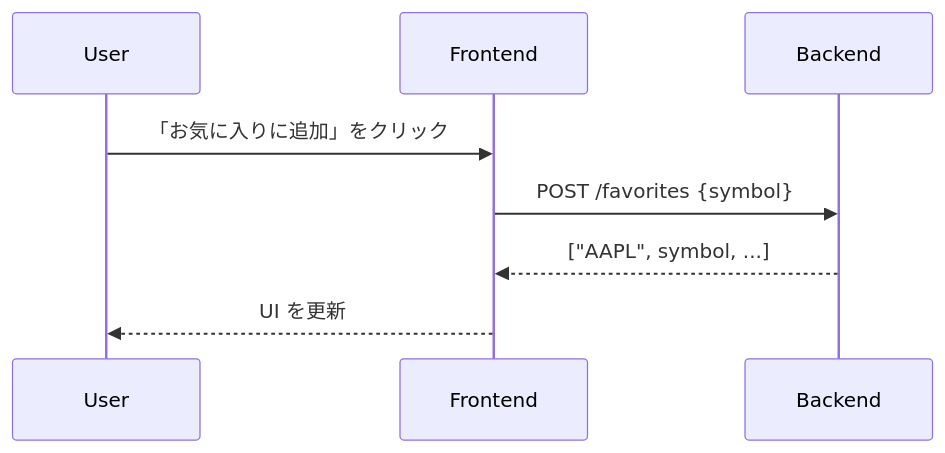
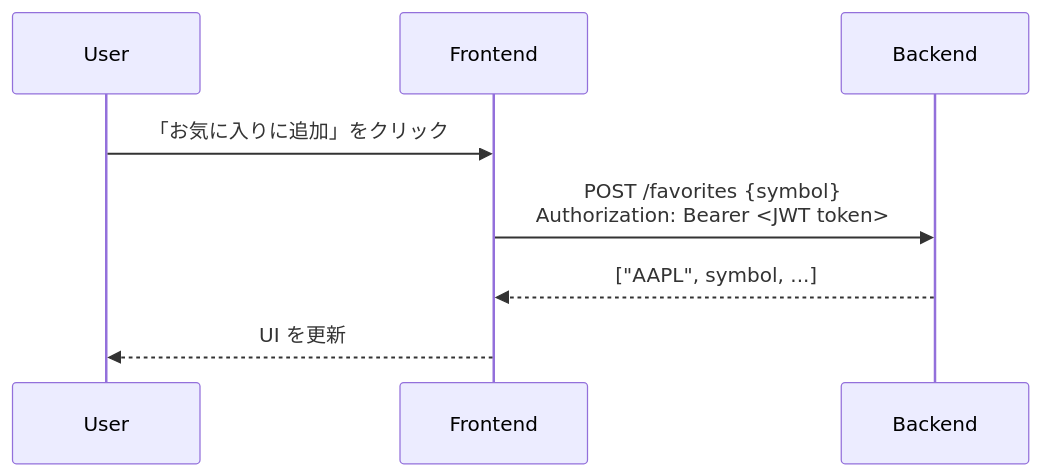
The fourth of 6 diagrams in docs/architecture.md (koki-ymd/stock-viewer), drawn with Mermaid before and after one commit. The commit also changed other lines of this file, not shown here.

Commit message:
docs: update architecture.md to reflect auth jwt

````diff
--- a/docs/architecture.md
+++ b/docs/architecture.md
@@ -337,12 +348,12 @@
 ```mermaid
 sequenceDiagram
   participant U as User
   participant FE as Frontend
   participant BE as Backend
 
   U->>FE: 「お気に入りに追加」をクリック
-  FE->>BE: POST /favorites {symbol}
+  FE->>BE: POST /favorites {symbol} <br/> Authorization: Bearer <JWT token>
   BE-->>FE: ["AAPL", symbol, ...]
   FE-->>U: UI を更新
 
 ```
````
